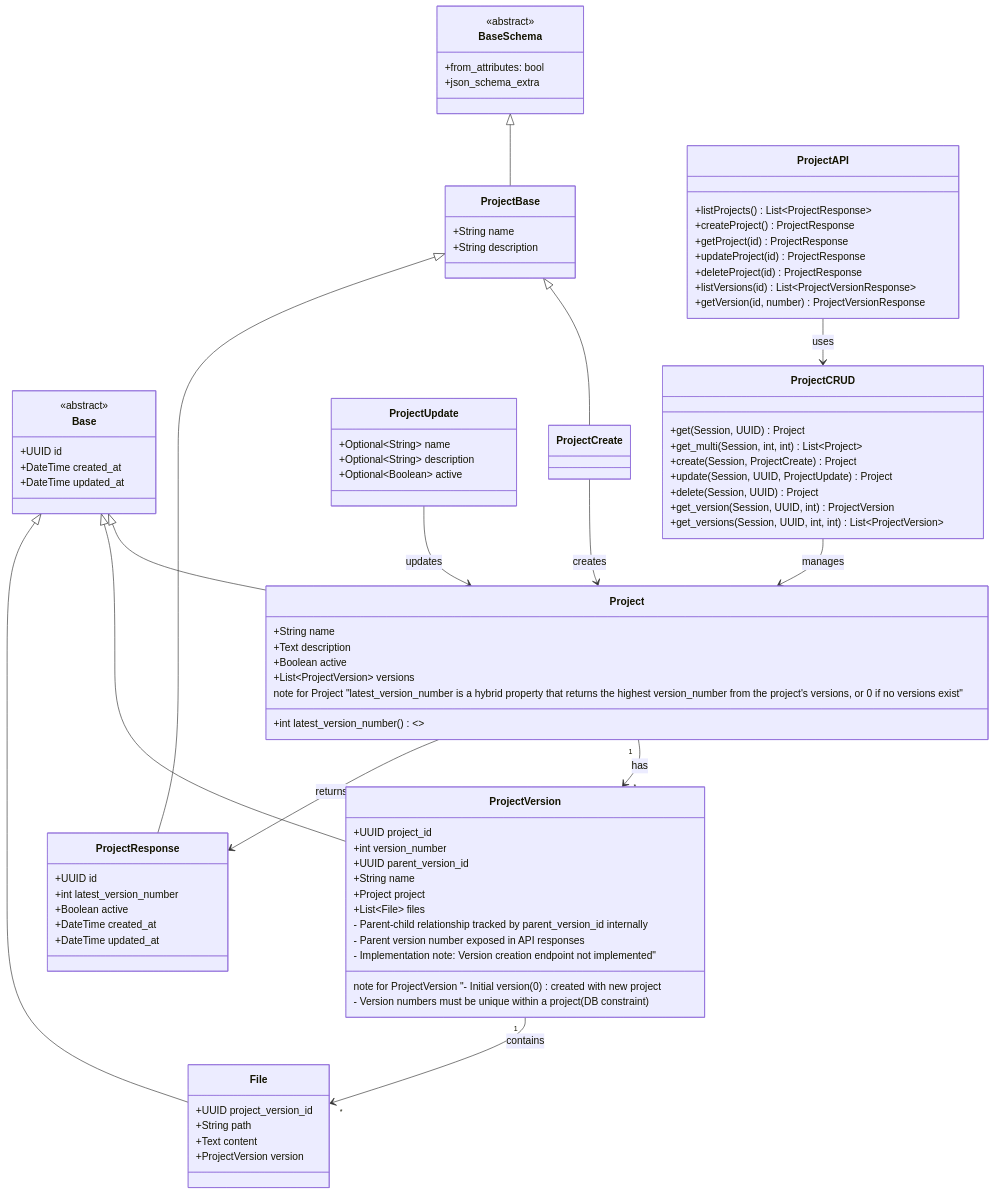
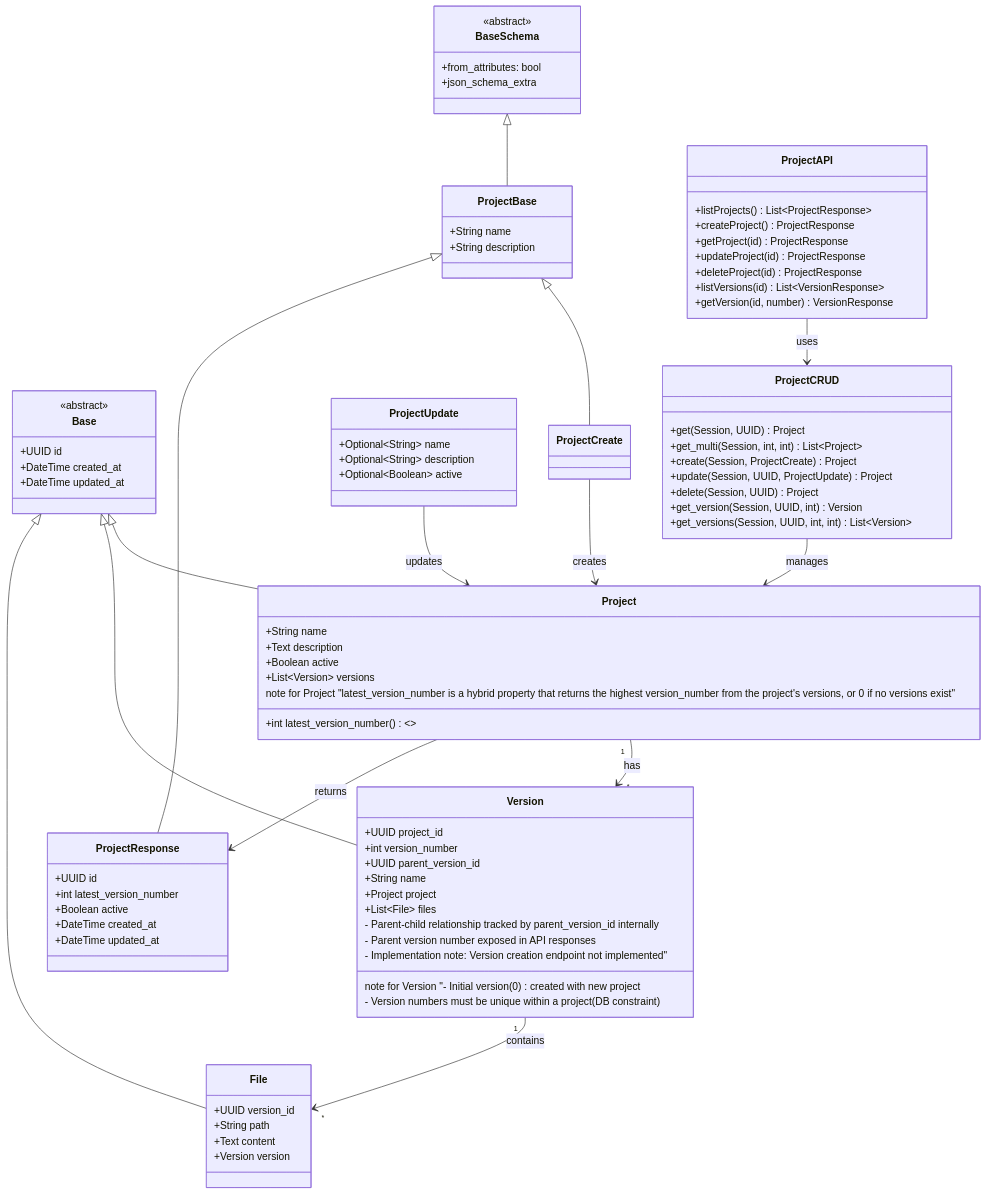
Before and after one commit to NoodleSeed-com/noodle-projects: the diagram in api/README.md, drawn with Mermaid. The commit also changed other lines of this file and 50 other files, not shown here.

Commit message:
Organize project structure: add __init__.py files for models, services, routes, and schemas; implement test fixtures for models and services; update README for version terminology.

```diff
--- a/api/README.md
+++ b/api/README.md
@@ -109,19 +109,19 @@
         +String name
         +Text description
         +Boolean active
-        +List~ProjectVersion~ versions
+        +List~Version~ versions
         +int latest_version_number() <<computed>>
         note for Project "latest_version_number is a hybrid property that returns the highest version_number from the project's versions, or 0 if no versions exist"
     }
     
-    class ProjectVersion {
+    class Version {
         +UUID project_id
         +int version_number
         +UUID parent_version_id
         +String name
         +Project project
         +List~File~ files
-        note for ProjectVersion "- Initial version (0) created with new project
+        note for Version "- Initial version (0) created with new project
         - Parent-child relationship tracked by parent_version_id internally
         - Parent version number exposed in API responses
         - Version numbers must be unique within a project (DB constraint)
@@ -129,10 +129,10 @@
     }
     
     class File {
-        +UUID project_version_id
+        +UUID version_id
         +String path
         +Text content
-        +ProjectVersion version
+        +Version version
     }
 
     %% Pydantic Schemas
@@ -165,8 +165,8 @@
         +create(Session, ProjectCreate) Project
         +update(Session, UUID, ProjectUpdate) Project
         +delete(Session, UUID) Project
-        +get_version(Session, UUID, int) ProjectVersion
-        +get_versions(Session, UUID, int, int) List~ProjectVersion~
+        +get_version(Session, UUID, int) Version
+        +get_versions(Session, UUID, int, int) List~Version~
     }
 
     %% API Endpoints
@@ -176,19 +176,19 @@
         +getProject(id) ProjectResponse
         +updateProject(id) ProjectResponse
         +deleteProject(id) ProjectResponse
-        +listVersions(id) List~ProjectVersionResponse~
-        +getVersion(id, number) ProjectVersionResponse
+        +listVersions(id) List~VersionResponse~
+        +getVersion(id, number) VersionResponse
     }
 
     %% Relationships
     Base <|-- Project
-    Base <|-- ProjectVersion
+    Base <|-- Version
     Base <|-- File
     BaseSchema <|-- ProjectBase
     ProjectBase <|-- ProjectCreate
     ProjectBase <|-- ProjectResponse
-    Project "1" --> "*" ProjectVersion : has
-    ProjectVersion "1" --> "*" File : contains
+    Project "1" --> "*" Version : has
+    Version "1" --> "*" File : contains
     ProjectAPI --> ProjectCRUD : uses
     ProjectCRUD --> Project : manages
     ProjectCreate --> Project : creates
```
